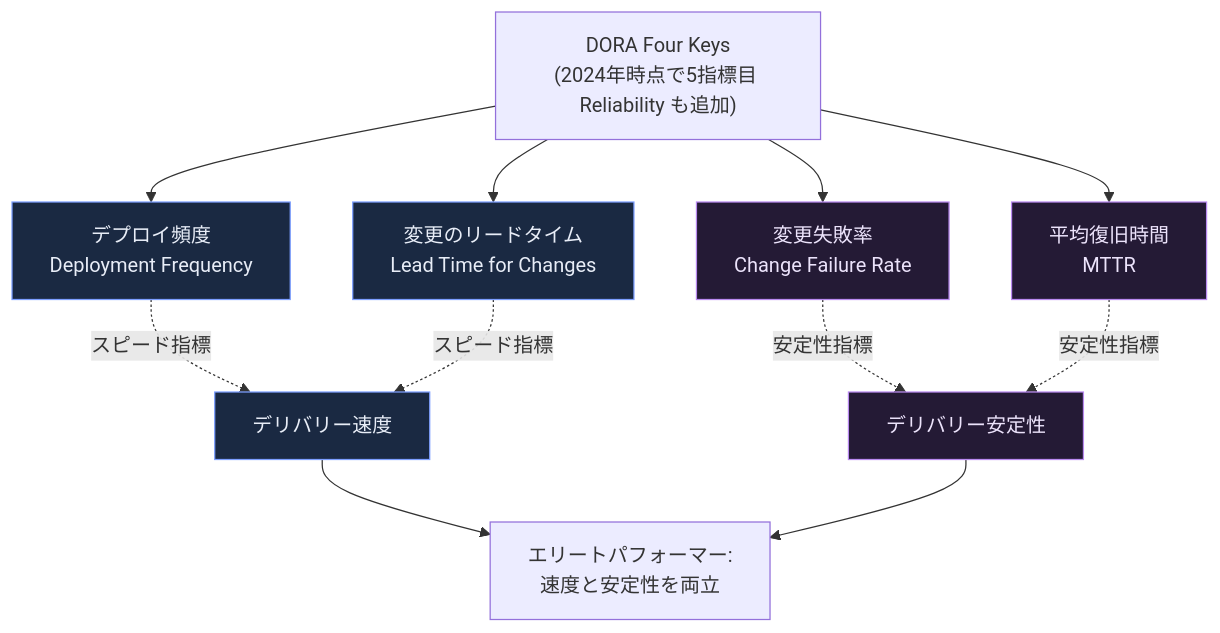
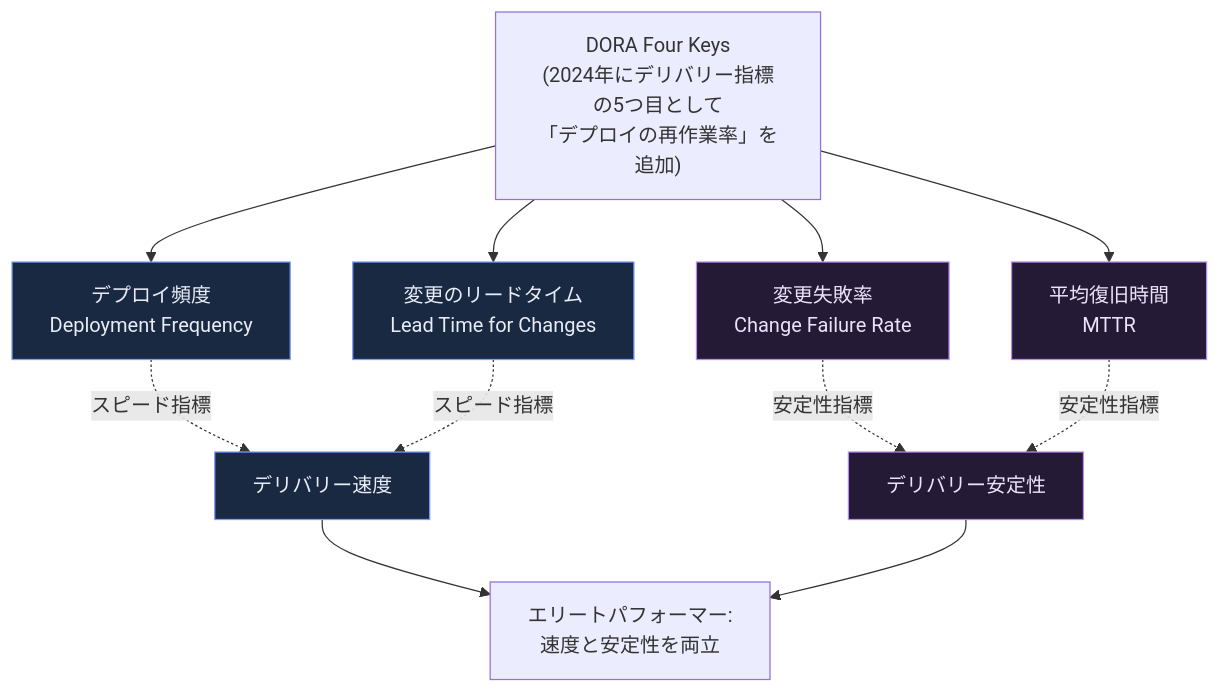
One commit to myoshi2891/Cloud-Infrastructure-Studies changed the third of 26 diagrams in Infrastructure-as-code-guide.md. Above: the diagram before and after it, drawn with Mermaid. The commit also changed other lines of this file, not shown here.

````diff
--- a/Infrastructure-as-code-guide.md
+++ b/Infrastructure-as-code-guide.md
@@ -108,21 +108,21 @@
 ```mermaid
 flowchart TB
-    DORA["DORA Four Keys<br/>(2024年時点で5指標目 Reliability も追加)"]
+    DORA["DORA Four Keys<br/>(2024年にデリバリー指標の5つ目として<br/>「デプロイの再作業率」を追加)"]
     DORA --> D1["デプロイ頻度<br/>Deployment Frequency"]
     DORA --> D2["変更のリードタイム<br/>Lead Time for Changes"]
     DORA --> D3["変更失敗率<br/>Change Failure Rate"]
     DORA --> D4["平均復旧時間<br/>MTTR"]
 
     D1 -.スピード指標.-> Speed["デリバリー速度"]
     D2 -.スピード指標.-> Speed
     D3 -.安定性指標.-> Stable["デリバリー安定性"]
     D4 -.安定性指標.-> Stable
 
     Speed --> Elite["エリートパフォーマー:<br/>速度と安定性を両立"]
     Stable --> Elite
 
     classDef speedStyle fill:#1a2942,stroke:#7c9eff,color:#e8edf7
     classDef stableStyle fill:#241a35,stroke:#b98af0,color:#ece3fb
     class D1,D2,Speed speedStyle
     class D3,D4,Stable stableStyle
 ```
````
